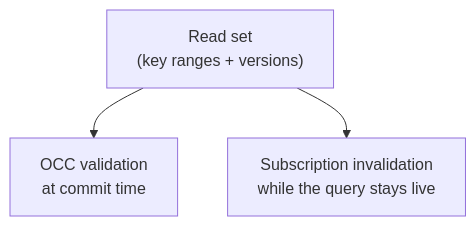
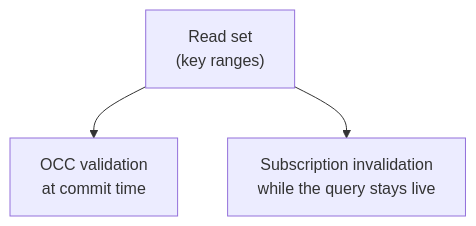
The third of 4 diagrams in docs/content/docs/contributing/architecture/transactions.mdx (helipod-sh/helipod), drawn with Mermaid before and after one commit. The commit also changed other lines of this file and 51 other files, not shown here.

````diff
--- a/docs/content/docs/contributing/architecture/transactions.mdx
+++ b/docs/content/docs/contributing/architecture/transactions.mdx
@@ -81,6 +80,6 @@
 ```mermaid
 flowchart TB
-    RS["Read set<br/>(key ranges + versions)"]
+    RS["Read set<br/>(key ranges)"]
     RS --> OCC["OCC validation<br/>at commit time"]
     RS --> SUB["Subscription invalidation<br/>while the query stays live"]
 ```
````
